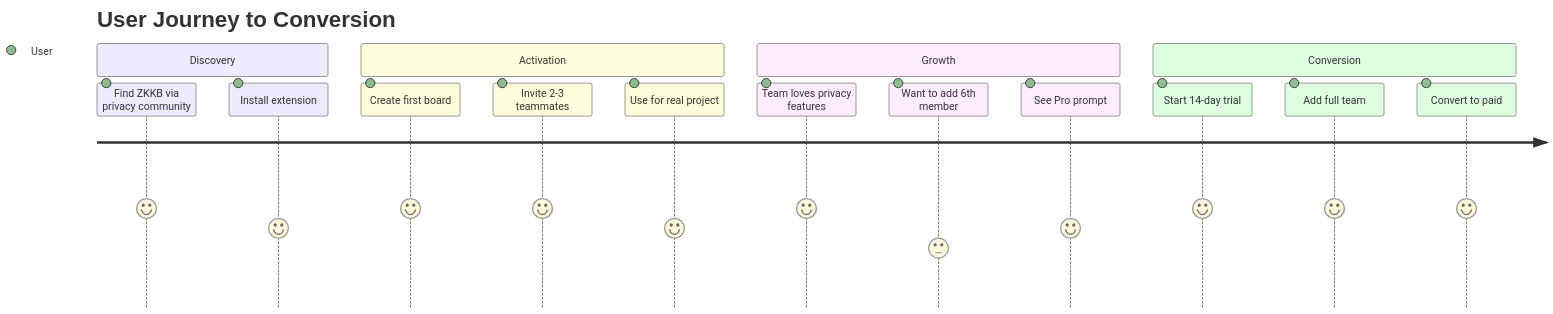
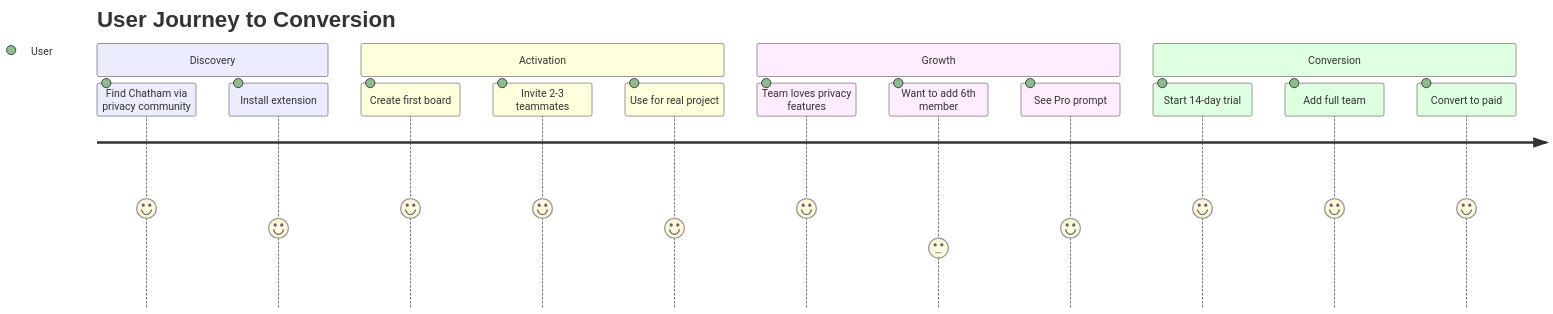
One commit to h4x0r/chatham changed the diagram in docs/FREEMIUM.md. Above: the diagram before and after it, drawn with Mermaid. The commit also changed other lines of this file and 27 other files, not shown here.

First line of the commit message:
fix: improve diagram contrast and fix PNG exports

````diff
--- a/docs/FREEMIUM.md
+++ b/docs/FREEMIUM.md
@@ -92,19 +92,19 @@
 ```mermaid
 journey
     title User Journey to Conversion
     section Discovery
-      Find ZKKB via privacy community: 5: User
+      Find Chatham via privacy community: 5: User
       Install extension: 4: User
     section Activation
       Create first board: 5: User
       Invite 2-3 teammates: 5: User
       Use for real project: 4: User
     section Growth
       Team loves privacy features: 5: User
       Want to add 6th member: 3: User
       See Pro prompt: 4: User
     section Conversion
       Start 14-day trial: 5: User
       Add full team: 5: User
       Convert to paid: 5: User
 ```
````
